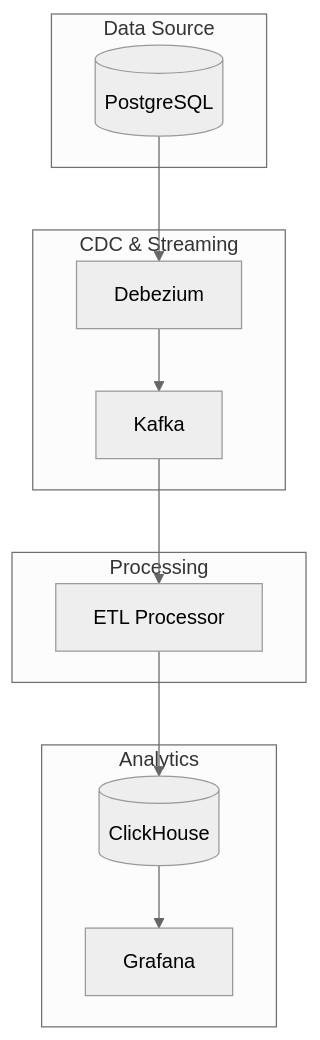
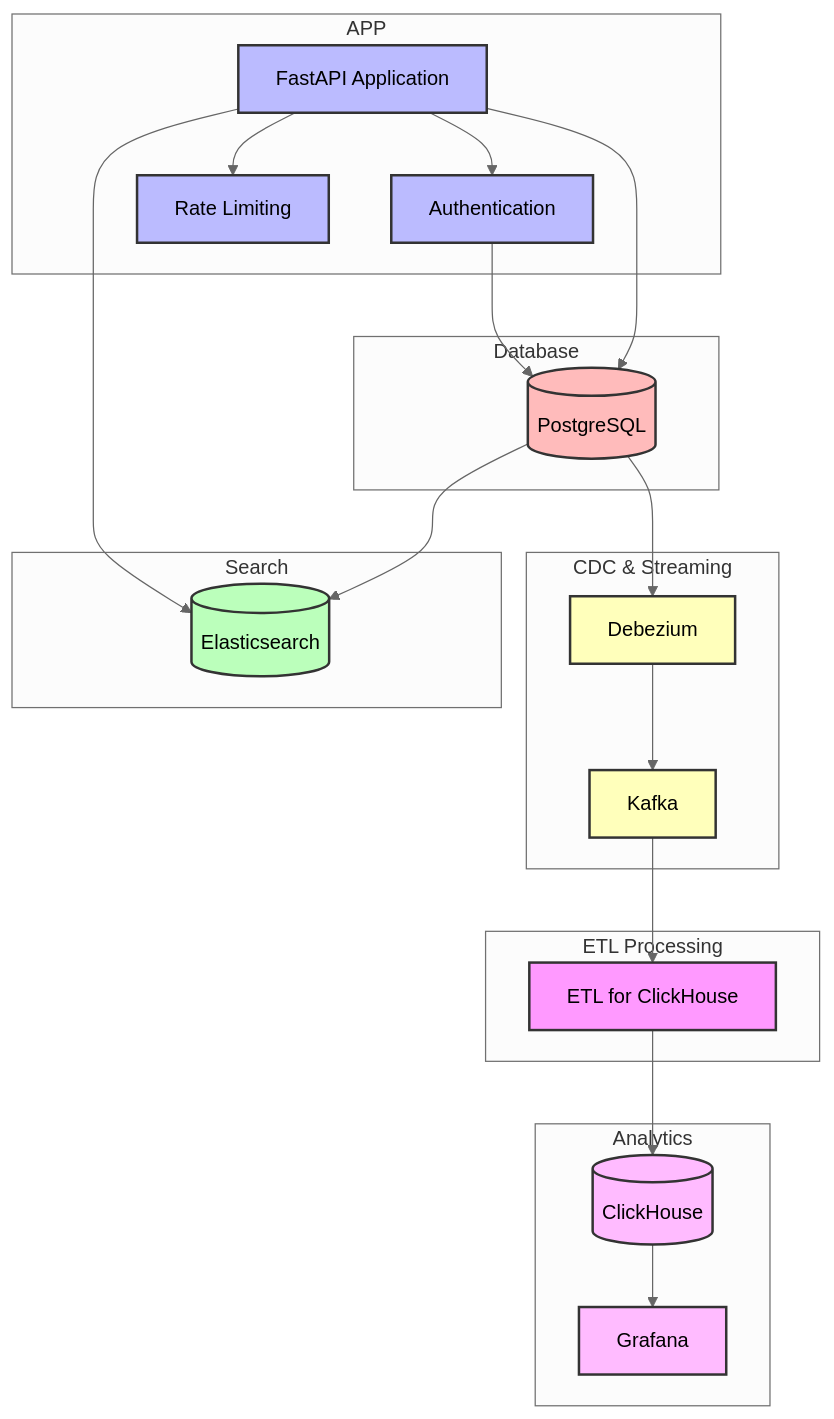
The diagram in ARCHITECTURE.md (AAMoshenskij/online_store), drawn with Mermaid (neutral theme) before and after one commit. The commit also changed other lines of this file and 62 other files, not shown here.

````diff
--- a/ARCHITECTURE.md
+++ b/ARCHITECTURE.md
@@ -46,30 +30,64 @@
 ```mermaid
 graph TB
-    subgraph "Data Source"
+    subgraph "APP"
+        API[FastAPI Application]
+        AUTH[Authentication]
+        RATE[Rate Limiting]
+    end
+
+    subgraph "Database"
         PG[(PostgreSQL)]
     end
 
     subgraph "CDC & Streaming"
         DEB[Debezium]
         KAFKA[Kafka]
     end
 
-    subgraph "Processing"
-        ETL[ETL Processor]
+    subgraph "ETL Processing"
+        ETL_CH[ETL for ClickHouse]
+    end
+
+    subgraph "Search"
+        ES[(Elasticsearch)]
     end
 
     subgraph "Analytics"
         CH[(ClickHouse)]
         GRAF[Grafana]
     end
 
-    
+    %% Styling
+    classDef app fill:#bbf,stroke:#333,stroke-width:2px
+    classDef database fill:#fbb,stroke:#333,stroke-width:2px
+    classDef cdc fill:#ffb,stroke:#333,stroke-width:2px
+    classDef etl fill:#f9f,stroke:#333,stroke-width:2px
+    classDef search fill:#bfb,stroke:#333,stroke-width:2px
+    classDef analytics fill:#fbf,stroke:#333,stroke-width:2px
 
+    %% App connections
+    API --> AUTH
+    API --> RATE
+    AUTH --> PG
+    API --> PG
+    API --> ES
+    PG --> ES
+
+    %% CDC connections
     PG --> DEB
     DEB --> KAFKA
-    KAFKA --> ETL
-    ETL --> CH
+
+    %% ETL connections
+    KAFKA --> ETL_CH
+    ETL_CH --> CH
+
+    %% Analytics connections
     CH --> GRAF
+    class API,AUTH,RATE app
+    class PG database
+    class DEB,KAFKA cdc
+    class ETL_CH etl
+    class ES search
+    class CH,GRAF analytics
 
-    
 ```
````
